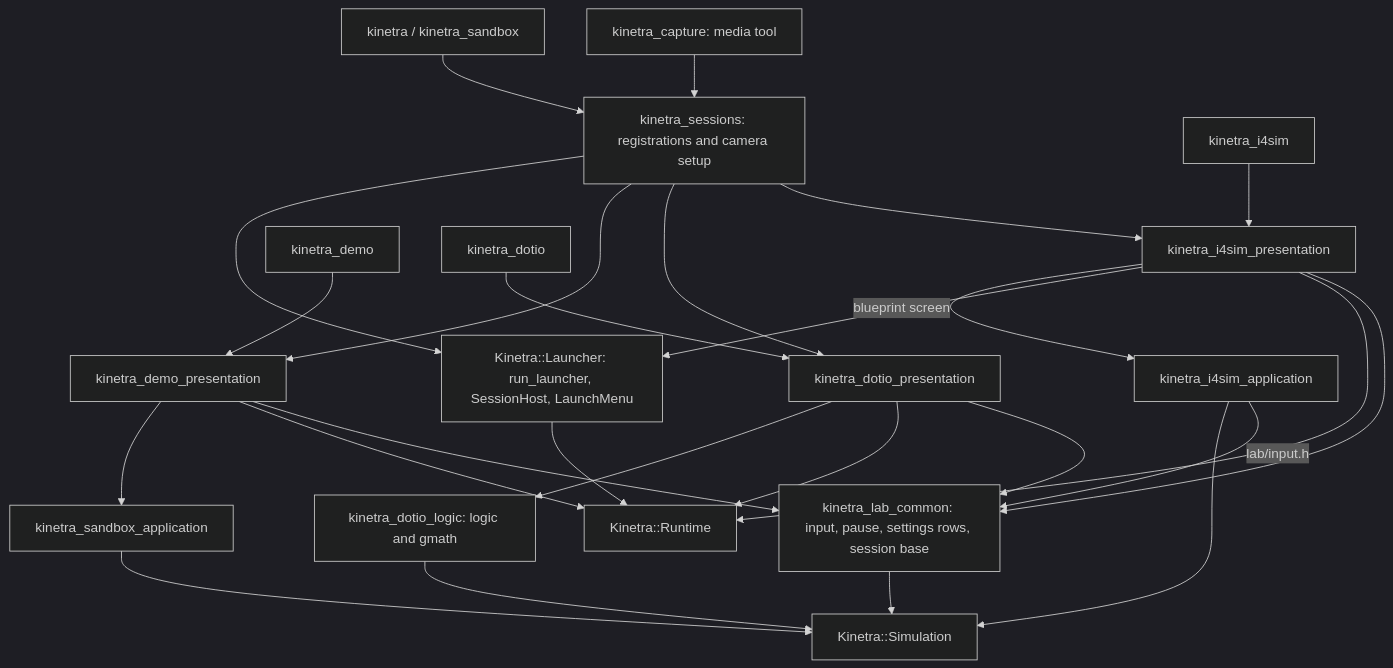
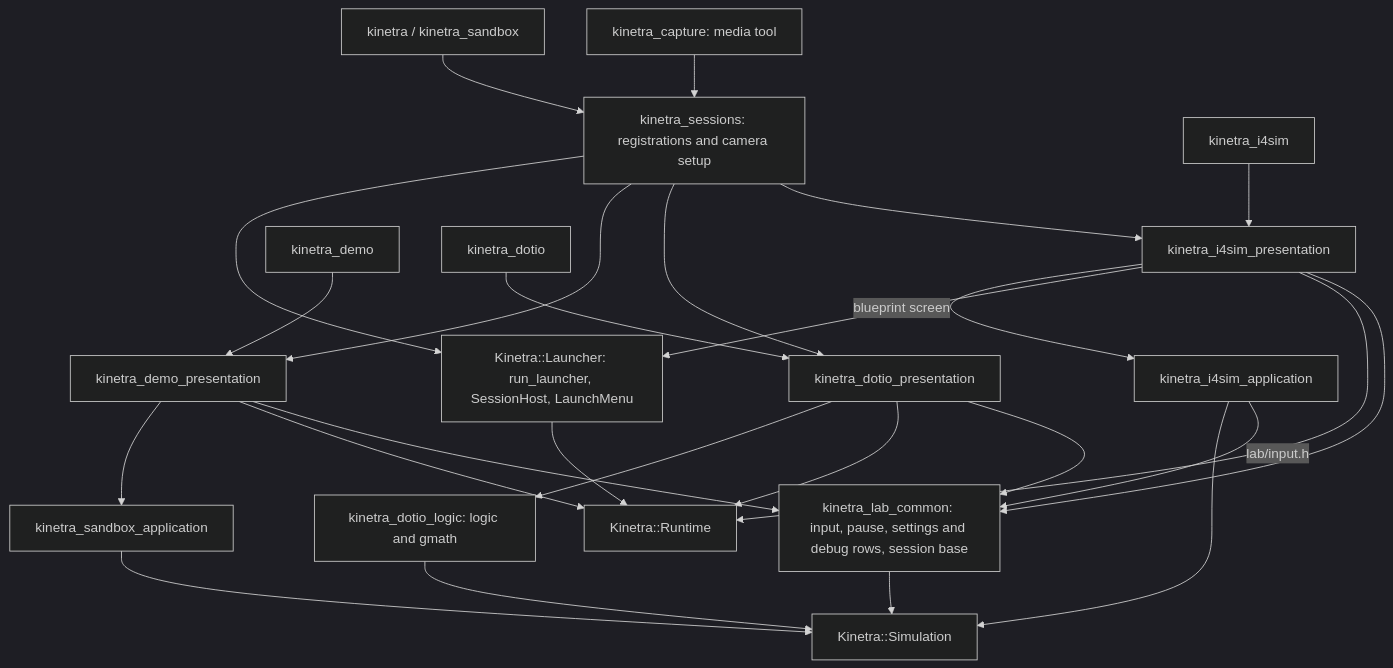
The first of 2 diagrams in docs/architecture.md (SMB-M87/Kinetra-Lab), drawn with Mermaid (dark theme) before and after one commit. The commit also changed 9 other files, not shown here.

````diff
--- a/docs/architecture.md
+++ b/docs/architecture.md
@@ -15,28 +15,28 @@
 ```mermaid
 flowchart TD
     Bundled[kinetra / kinetra_sandbox] --> Sessions[kinetra_sessions: registrations and camera setup]
     Capture[kinetra_capture: media tool] --> Sessions
     Sessions --> Launcher[Kinetra::Launcher: run_launcher, SessionHost, LaunchMenu]
     Sessions --> Demo[kinetra_demo_presentation]
     Sessions --> Dotio[kinetra_dotio_presentation]
     Sessions --> Factory[kinetra_i4sim_presentation]
     FactoryExe[kinetra_i4sim] --> Factory
     Factory --> FactoryLogic[kinetra_i4sim_application]
     Factory -->|blueprint screen| Launcher
     FactoryLogic --> Sim
     Factory --> Runtime
     DemoExe[kinetra_demo] --> Demo
     DotioExe[kinetra_dotio] --> Dotio
     Demo --> Sandbox[kinetra_sandbox_application]
     Dotio --> Logic[kinetra_dotio_logic: logic and gmath]
     Sandbox --> Sim[Kinetra::Simulation]
     Logic --> Sim
     Launcher --> Runtime[Kinetra::Runtime]
     Demo --> Runtime
     Dotio --> Runtime
-    Demo --> Common[kinetra_lab_common: input, pause, settings rows, session base]
+    Demo --> Common[kinetra_lab_common: input, pause, settings and debug rows, session base]
     Dotio --> Common
     Factory --> Common
     FactoryLogic -->|lab/input.h| Common
     Common --> Sim
 ```
````
